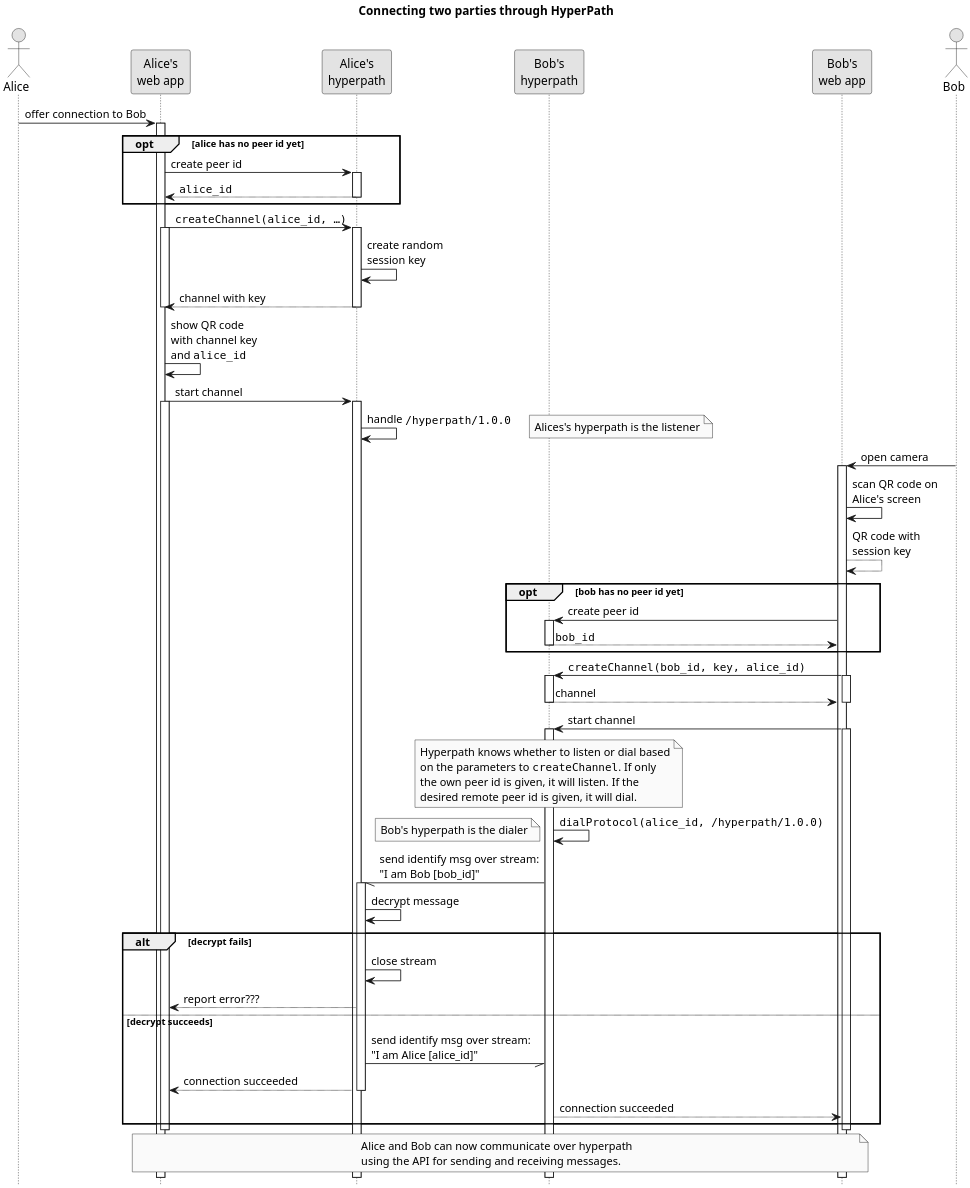
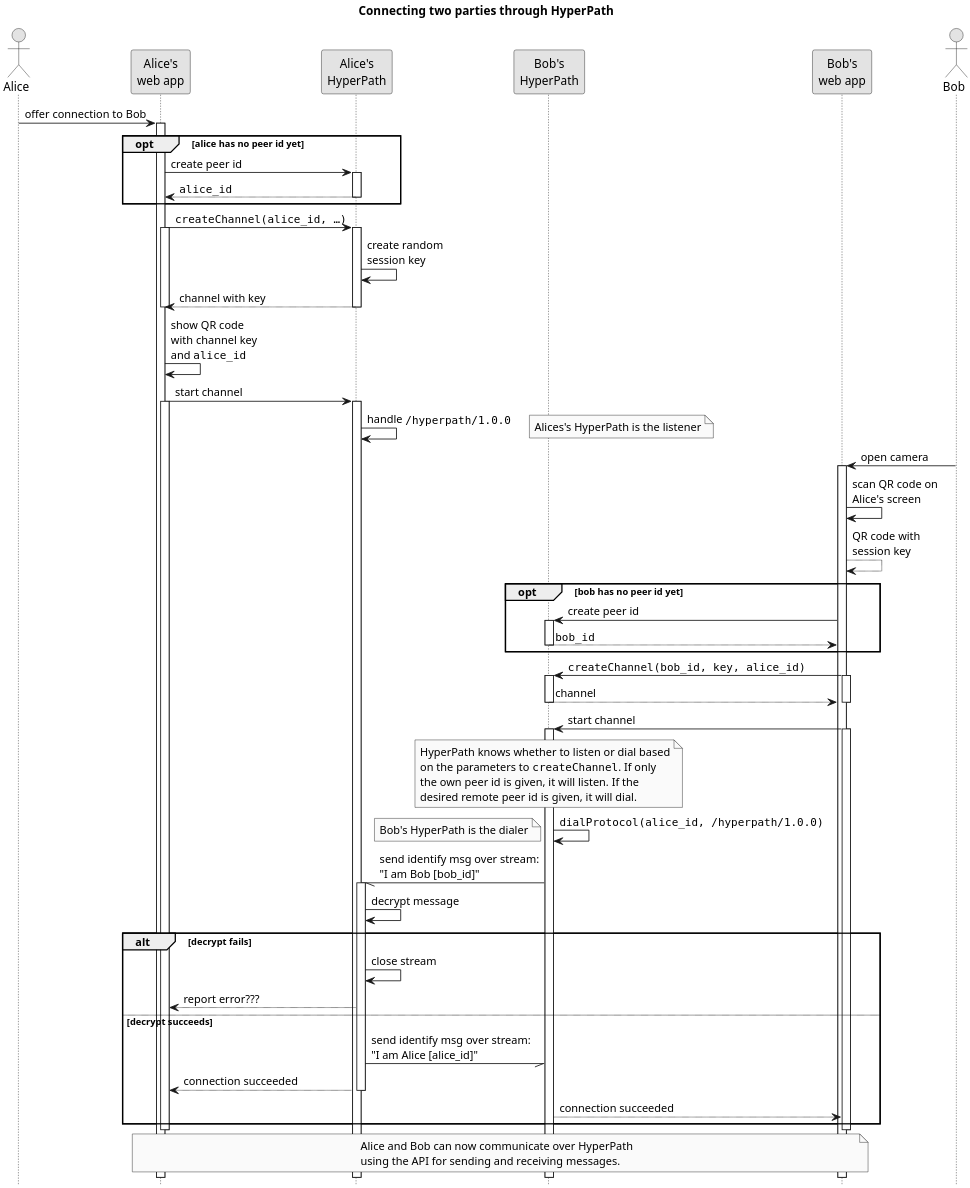
One commit to identity-box/hyperpath changed the diagram in design/connecting.plantuml. Above: the diagram before and after it, drawn with PlantUML. The commit also changed 1 other file, not shown here.

Commit message:
Changes "hyperpath" to "HyperPath" in text

```diff
--- a/design/connecting.plantuml
+++ b/design/connecting.plantuml
@@ -1,93 +1,93 @@
 @startuml connecting
 
 skinparam monochrome true
 skinparam shadowing false
 skinparam dpi 300
 hide footbox
 
 title Connecting two parties through HyperPath
 
 actor alice as "Alice"
 participant webapp_alice as "Alice's\nweb app"
-participant hyperpath_alice as "Alice's\nhyperpath"
-participant hyperpath_bob as "Bob's\nhyperpath"
+participant hyperpath_alice as "Alice's\nHyperPath"
+participant hyperpath_bob as "Bob's\nHyperPath"
 participant webapp_bob as "Bob's\nweb app"
 actor bob as "Bob"
 
 alice -> webapp_alice: offer connection to Bob
 activate webapp_alice
 
 opt alice has no peer id yet
 webapp_alice -> hyperpath_alice: create peer id
 activate hyperpath_alice
 hyperpath_alice --> webapp_alice: ""alice_id""
 deactivate hyperpath_alice
 end
 
 webapp_alice -> hyperpath_alice: ""createChannel(alice_id, …)""
 activate webapp_alice
 activate hyperpath_alice
 hyperpath_alice -> hyperpath_alice: create random\nsession key
 hyperpath_alice --> webapp_alice: channel with key
 deactivate hyperpath_alice
 deactivate webapp_alice
 webapp_alice -> webapp_alice: show QR code\nwith channel key\nand ""alice_id""
 webapp_alice -> hyperpath_alice: start channel
 activate hyperpath_alice
 activate webapp_alice
 hyperpath_alice -> hyperpath_alice: handle ""/hyperpath/1.0.0""
-note right: Alices's hyperpath is the listener
+note right: Alices's HyperPath is the listener
 
 bob -> webapp_bob: open camera
 activate webapp_bob
 webapp_bob -> webapp_bob: scan QR code on\nAlice's screen
 webapp_bob --> webapp_bob: QR code with\nsession key
 opt bob has no peer id yet
   webapp_bob -> hyperpath_bob: create peer id
   activate hyperpath_bob
   hyperpath_bob --> webapp_bob: ""bob_id""
   deactivate hyperpath_bob
 end
 
 webapp_bob -> hyperpath_bob: ""createChannel(bob_id, key, alice_id)""
 activate webapp_bob
 activate hyperpath_bob
 hyperpath_bob --> webapp_bob: channel
 deactivate hyperpath_bob
 deactivate webapp_bob
 webapp_bob -> hyperpath_bob: start channel
 activate hyperpath_bob
 
 activate webapp_bob
 note over hyperpath_bob
-  Hyperpath knows whether to listen or dial based
+  HyperPath knows whether to listen or dial based
   on the parameters to ""createChannel"". If only
   the own peer id is given, it will listen. If the
   desired remote peer id is given, it will dial.
 end note
 
 hyperpath_bob -> hyperpath_bob: ""dialProtocol(alice_id, /hyperpath/1.0.0)""
-note left: Bob's hyperpath is the dialer
+note left: Bob's HyperPath is the dialer
 
 hyperpath_bob -// hyperpath_alice: send identify msg over stream:\n"I am Bob [bob_id]"
 activate hyperpath_alice
 hyperpath_alice -> hyperpath_alice: decrypt message
 alt decrypt fails
   hyperpath_alice -> hyperpath_alice: close stream
   hyperpath_alice --> webapp_alice: report error???
 else decrypt succeeds
   hyperpath_alice -// hyperpath_bob: send identify msg over stream:\n"I am Alice [alice_id]"
   hyperpath_alice --> webapp_alice: connection succeeded
 deactivate hyperpath_alice
   hyperpath_bob ---> webapp_bob: connection succeeded
 end
 
 deactivate webapp_alice
 deactivate webapp_bob
 
 note over webapp_alice, webapp_bob
-  Alice and Bob can now communicate over hyperpath
+  Alice and Bob can now communicate over HyperPath
   using the API for sending and receiving messages.
 end note
 
 @enduml
```
